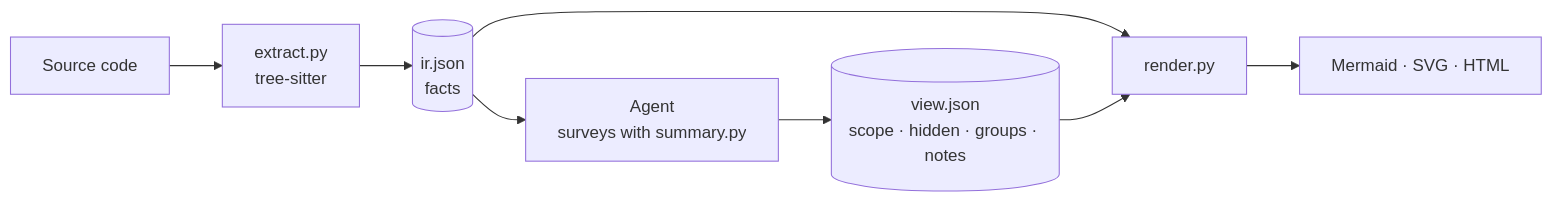
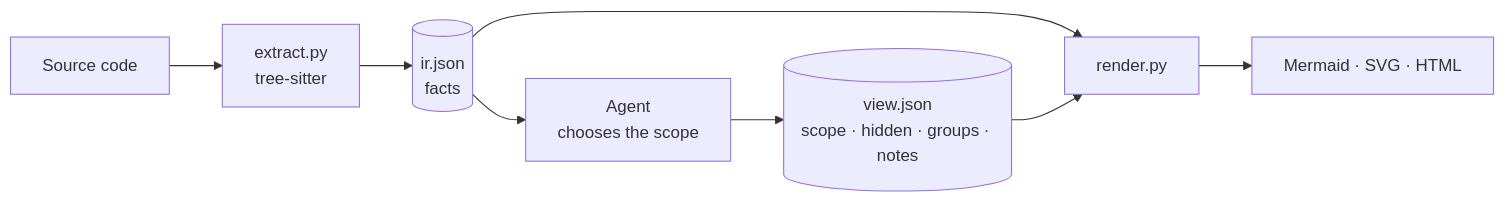
Before and after one commit to devgyurak/draftsman: the diagram in README.md, drawn with Mermaid. The commit also changed other lines of this file and 10 other files, not shown here.

First line of the commit message:
One command draws a diagram; the skill loads in one call (#1)

````diff
--- a/README.md
+++ b/README.md
@@ -45,10 +45,10 @@
 ```mermaid
 flowchart LR
     S[Source code] --> E["extract.py<br/>tree-sitter"]
     E --> IR[("ir.json<br/>facts")]
-    IR --> A["Agent<br/>surveys with summary.py"]
+    IR --> A["Agent<br/>chooses the scope"]
     A --> V[("view.json<br/>scope · hidden · groups · notes")]
     IR --> R[render.py]
     V --> R
     R --> O["Mermaid · SVG · HTML"]
 ```
````
